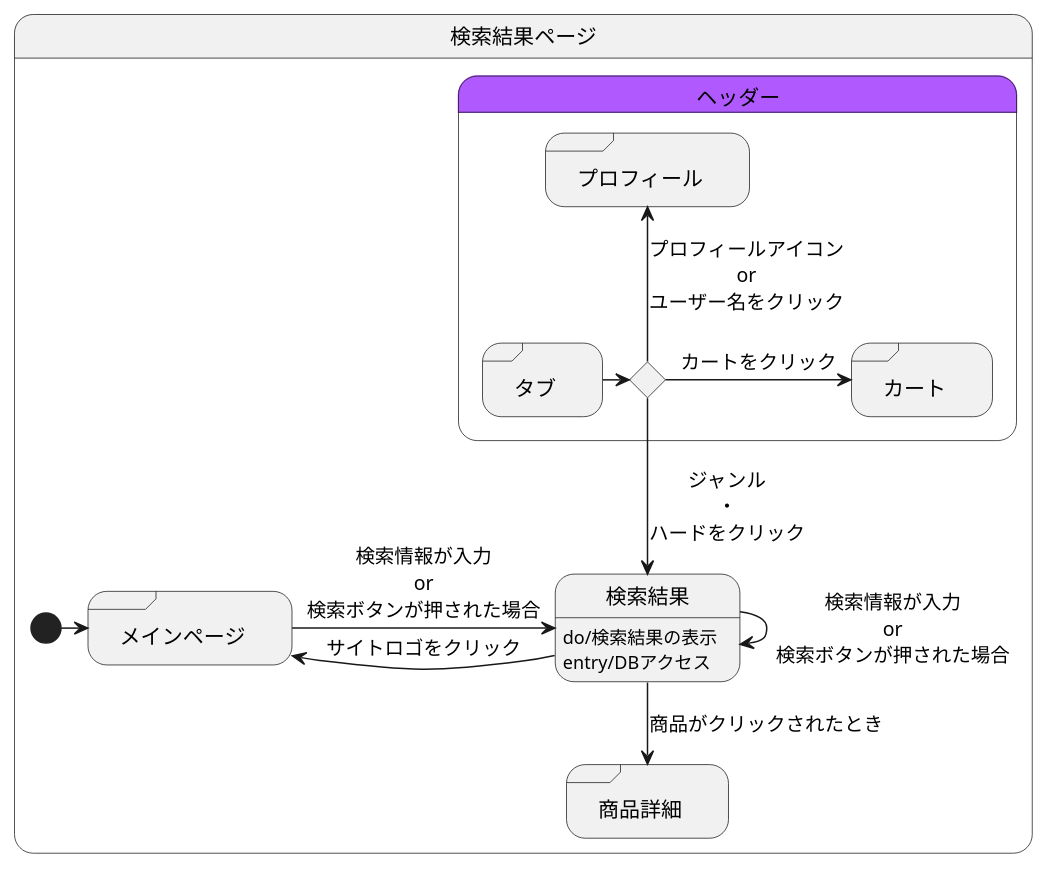
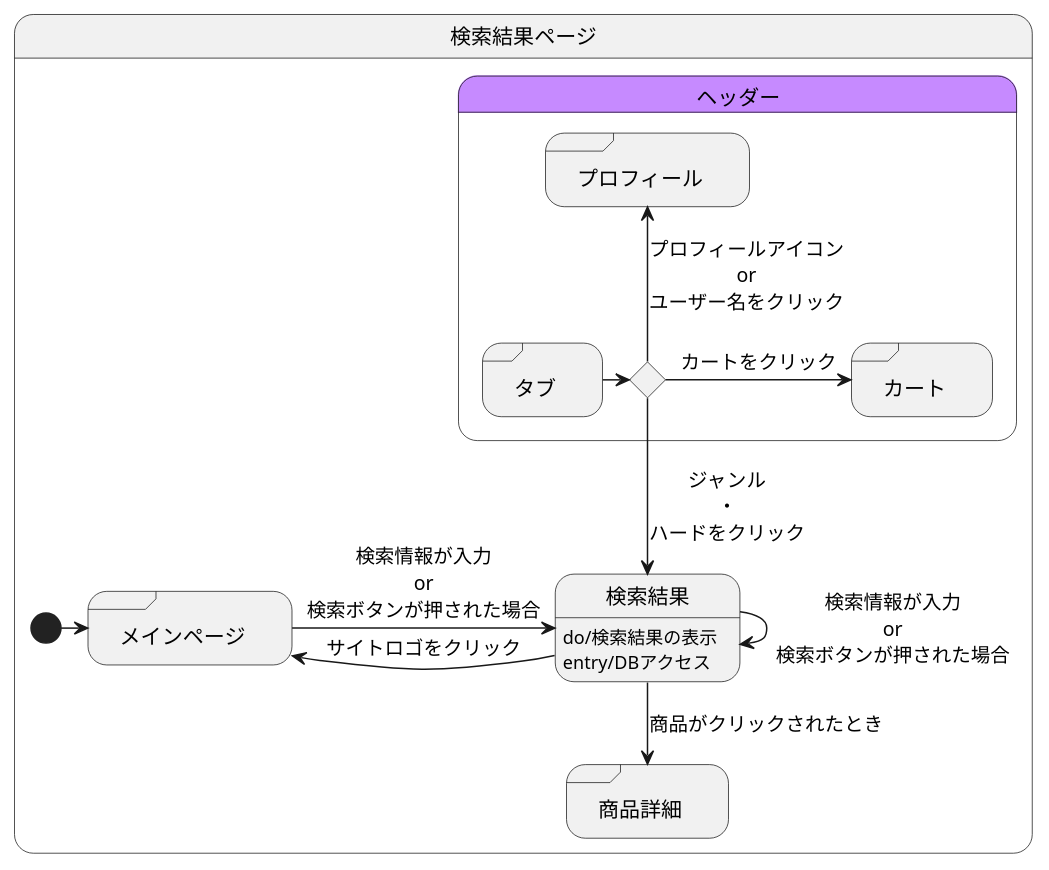
The diagram in 検索結果.md (akutori/T-D-E), drawn with PlantUML before and after one commit.

Commit message:
縁の色を追記

````diff
--- a/検索結果.md
+++ b/検索結果.md
@@ -1,35 +1,36 @@
 ```uml
 @startuml
 state 検索結果ページ{
 
 
     state 検索結果:do/検索結果の表示
     state 検索結果:entry/DBアクセス
     state "商品詳細" as goodsdetail <<sdlreceive>>
     state "メインページ" as mainpage <<sdlreceive>>
 
 
     [*] -> mainpage
     mainpage -> 検索結果 :検索情報が入力\nor\n検索ボタンが押された場合
     検索結果 --> goodsdetail :商品がクリックされたとき
     検索結果 --> 検索結果 :検索情報が入力\nor\n検索ボタンが押された場合
     検索結果 -left-> mainpage :サイトロゴをクリック
 
     state ヘッダー<<headder>>{
         state ifinput <<choice>>
         state "タブ" as tab <<sdlreceive>>
         state "カート" as cart <<sdlreceive>>
         state "プロフィール" as profile <<sdlreceive>>
 
         tab -> ifinput 
         ifinput --> 検索結果 :ジャンル\n・\nハードをクリック
         ifinput -> cart :カートをクリック
         ifinput -up-> profile :プロフィールアイコン\nor\nユーザー名をクリック
     }
 
-    state ヘッダー #af59ff
+    skinparam bodercolor <<headder>> #c68aff
+    state ヘッダー #c68aff
 
 }
 
 @enduml
 ```
````
